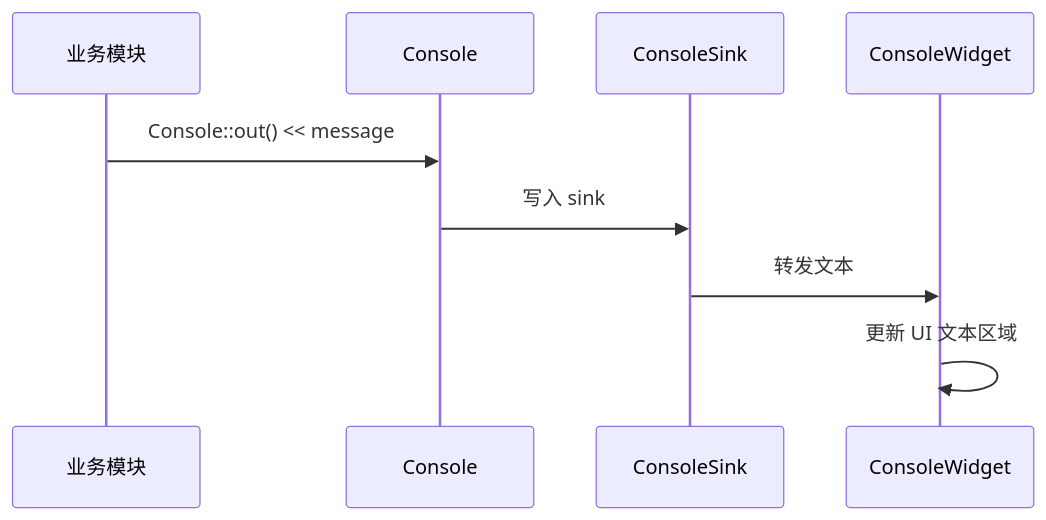
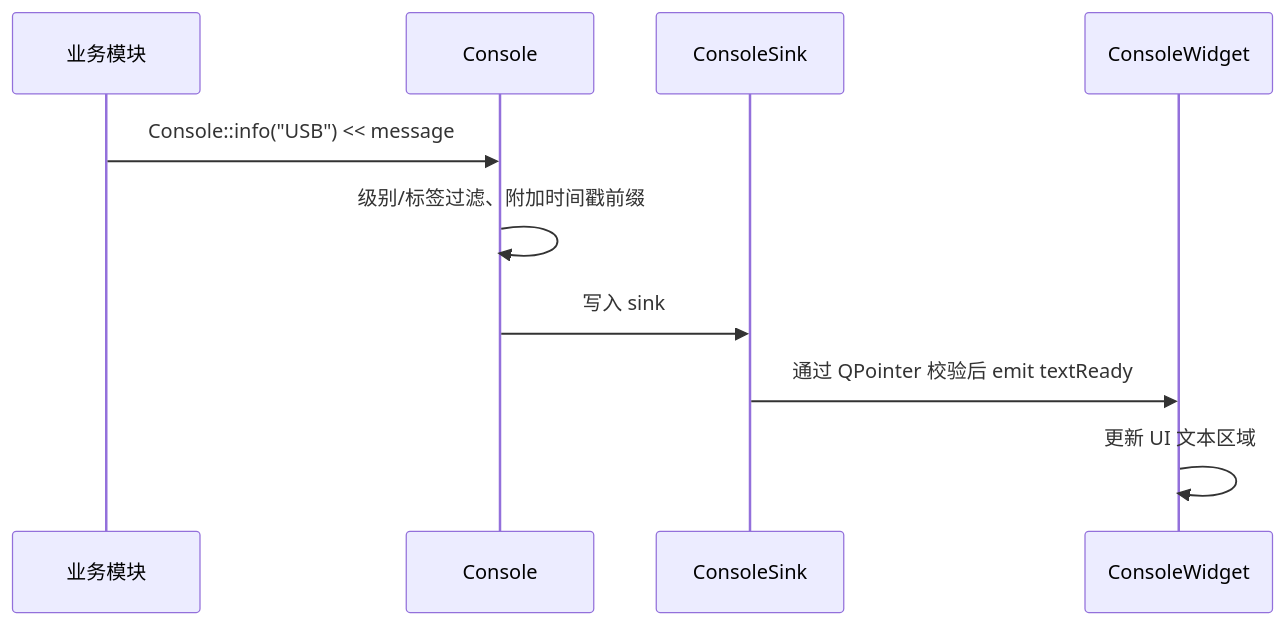
One commit to KAARAY-KB/KRAY changed the third of 3 diagrams in docs/modules/08_console.md. Above: the diagram before and after it, drawn with Mermaid. The commit also changed other lines of this file and 6 other files, not shown here.

````diff
--- a/docs/modules/08_console.md
+++ b/docs/modules/08_console.md
@@ -44,12 +45,13 @@
 ```mermaid
 sequenceDiagram
     participant M as 业务模块
     participant C as Console
     participant S as ConsoleSink
     participant W as ConsoleWidget
 
-    M->>C: Console::out() << message
+    M->>C: Console::info("USB") << message
+    C->>C: 级别/标签过滤、附加时间戳前缀
     C->>S: 写入 sink
-    S->>W: 转发文本
+    S->>W: 通过 QPointer 校验后 emit textReady
     W->>W: 更新 UI 文本区域
 ```
````
